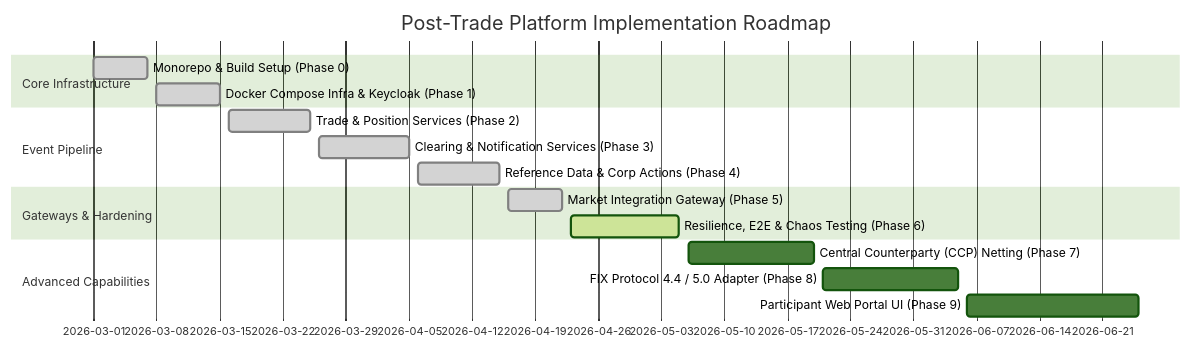
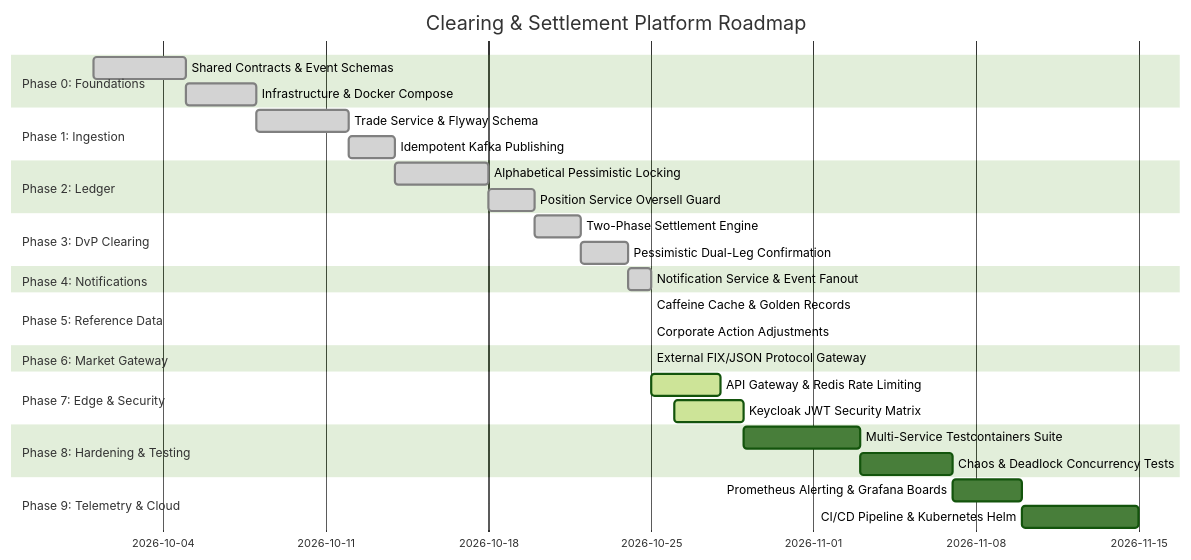
The diagram in Plan.md (Pulkit1822/stock-trade-clearing-settlement), drawn with Mermaid (forest theme) before and after one commit. The commit also changed other lines of this file and 20 other files, not shown here.

Commit message:
feat: add architecture documentation, configure gateway routing, and setup prometheus metrics scraping for microservices

````diff
--- a/Plan.md
+++ b/Plan.md
@@ -12,19 +12,33 @@
 ```mermaid
 gantt
-    title Post-Trade Platform Implementation Roadmap
+    title Clearing & Settlement Platform Roadmap
     dateFormat  YYYY-MM-DD
-    section Core Infrastructure
-    Monorepo & Build Setup (Phase 0)       :done, p0, 2026-03-01, 2026-03-07
-    Docker Compose Infra & Keycloak (Phase 1):done, p1, 2026-03-08, 2026-03-15
-    section Event Pipeline
-    Trade & Position Services (Phase 2)    :done, p2, 2026-03-16, 2026-03-25
-    Clearing & Notification Services (Phase 3):done, p3, 2026-03-26, 2026-04-05
-    Reference Data & Corp Actions (Phase 4):done, p4, 2026-04-06, 2026-04-15
-    section Gateways & Hardening
-    Market Integration Gateway (Phase 5)   :done, p5, 2026-04-16, 2026-04-22
-    Resilience, E2E & Chaos Testing (Phase 6):active, p6, 2026-04-23, 2026-05-05
-    section Advanced Capabilities
-    Central Counterparty (CCP) Netting (Phase 7):p7, 2026-05-06, 2026-05-20
-    FIX Protocol 4.4 / 5.0 Adapter (Phase 8):p8, 2026-05-21, 2026-06-05
-    Participant Web Portal UI (Phase 9)    :p9, 2026-06-06, 2026-06-25
+    section Phase 0: Foundations
+    Shared Contracts & Event Schemas     :done,    p0_1, 2026-10-01, 2026-10-05
+    Infrastructure & Docker Compose      :done,    p0_2, 2026-10-05, 2026-10-08
+    section Phase 1: Ingestion
+    Trade Service & Flyway Schema        :done,    p1_1, 2026-10-08, 2026-10-12
+    Idempotent Kafka Publishing          :done,    p1_2, 2026-10-12, 2026-10-14
+    section Phase 2: Ledger
+    Alphabetical Pessimistic Locking     :done,    p2_1, 2026-10-14, 2026-10-18
+    Position Service Oversell Guard      :done,    p2_2, 2026-10-18, 2026-10-20
+    section Phase 3: DvP Clearing
+    Two-Phase Settlement Engine          :done,    p3_1, 2026-10-20, 2026-10-22
+    Pessimistic Dual-Leg Confirmation    :done,    p3_2, 2026-10-22, 2026-10-24
+    section Phase 4: Notifications
+    Notification Service & Event Fanout  :done,    p4_1, 2026-10-24, 2026-10-25
+    section Phase 5: Reference Data
+    Caffeine Cache & Golden Records      :done,    p5_1, 2026-10-25, 2026-10-25
+    Corporate Action Adjustments         :done,    p5_2, 2026-10-25, 2026-10-25
+    section Phase 6: Market Gateway
+    External FIX/JSON Protocol Gateway   :done,    p6_1, 2026-10-25, 2026-10-25
+    section Phase 7: Edge & Security
+    API Gateway & Redis Rate Limiting    :active,  p7_1, 2026-10-25, 2026-10-28
+    Keycloak JWT Security Matrix         :active,  p7_2, 2026-10-26, 2026-10-29
+    section Phase 8: Hardening & Testing
+    Multi-Service Testcontainers Suite   :         p8_1, 2026-10-29, 2026-11-03
+    Chaos & Deadlock Concurrency Tests   :         p8_2, 2026-11-03, 2026-11-07
+    section Phase 9: Telemetry & Cloud
+    Prometheus Alerting & Grafana Boards :         p9_1, 2026-11-07, 2026-11-10
+    CI/CD Pipeline & Kubernetes Helm     :         p9_2, 2026-11-10, 2026-11-15
 ```
````
